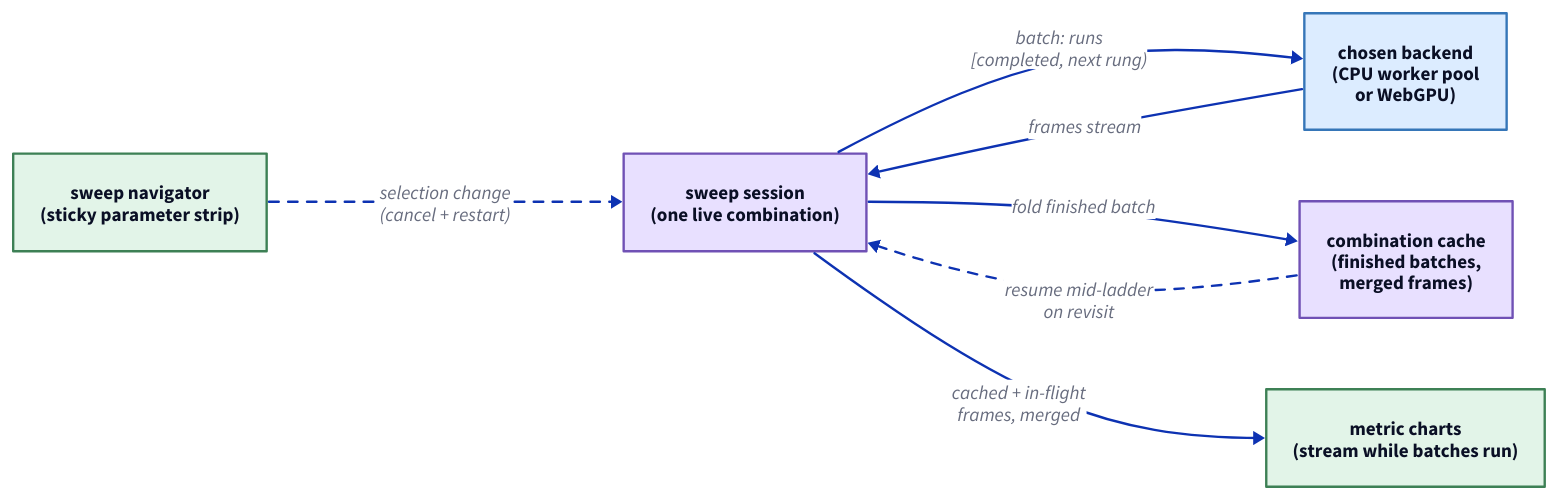
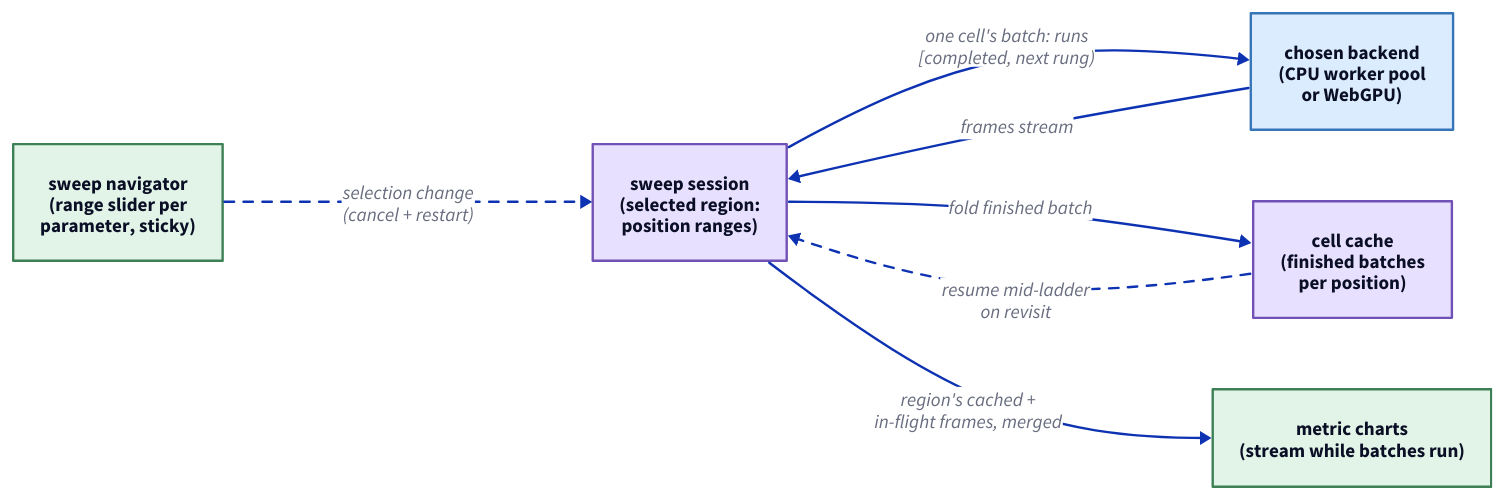
The diagram in libs/@local/petrinaut-arch-docs/content/diagrams/sweep-refinement.d2 (hashintel/hash), drawn with D2 before and after one commit. The commit also changed 17 other files, not shown here.

Commit message:
FE-1535: Sweep parameters as intervals with a range slider

```diff
--- a/libs/@local/petrinaut-arch-docs/content/diagrams/sweep-refinement.d2
+++ b/libs/@local/petrinaut-arch-docs/content/diagrams/sweep-refinement.d2
@@ -1,15 +1,15 @@
 # Hand-written; rendered by the arch-docs build. Palette matches src/emit/d2.ts.
 direction: right
 
-navigator: "sweep navigator\n(sticky parameter strip)" {style.fill: "#e2f4e8"; style.stroke: "#3d8055"}
-session: "sweep session\n(one live combination)" {style.fill: "#e8e0ff"; style.stroke: "#7051b5"}
-cache: "combination cache\n(finished batches,\nmerged frames)" {style.fill: "#e8e0ff"; style.stroke: "#7051b5"}
+navigator: "sweep navigator\n(range slider per\nparameter, sticky)" {style.fill: "#e2f4e8"; style.stroke: "#3d8055"}
+session: "sweep session\n(selected region:\nposition ranges)" {style.fill: "#e8e0ff"; style.stroke: "#7051b5"}
+cache: "cell cache\n(finished batches\nper position)" {style.fill: "#e8e0ff"; style.stroke: "#7051b5"}
 backend: "chosen backend\n(CPU worker pool\nor WebGPU)" {style.fill: "#dcecff"; style.stroke: "#3676b8"}
 charts: "metric charts\n(stream while batches run)" {style.fill: "#e2f4e8"; style.stroke: "#3d8055"}
 
-navigator -> session: selection change\n(cancel + restart) {style.stroke-dash: 4}
-session -> backend: "batch: runs\n[completed, next rung)"
+navigator -> session: "selection change\n(cancel + restart)" {style.stroke-dash: 4}
+session -> backend: "one cell's batch: runs\n[completed, next rung)"
 backend -> session: frames stream
 session -> cache: fold finished batch
-cache -> session: resume mid-ladder\non revisit {style.stroke-dash: 4}
-session -> charts: cached + in-flight\nframes, merged
+cache -> session: "resume mid-ladder\non revisit" {style.stroke-dash: 4}
+session -> charts: "region's cached +\nin-flight frames, merged"
```
